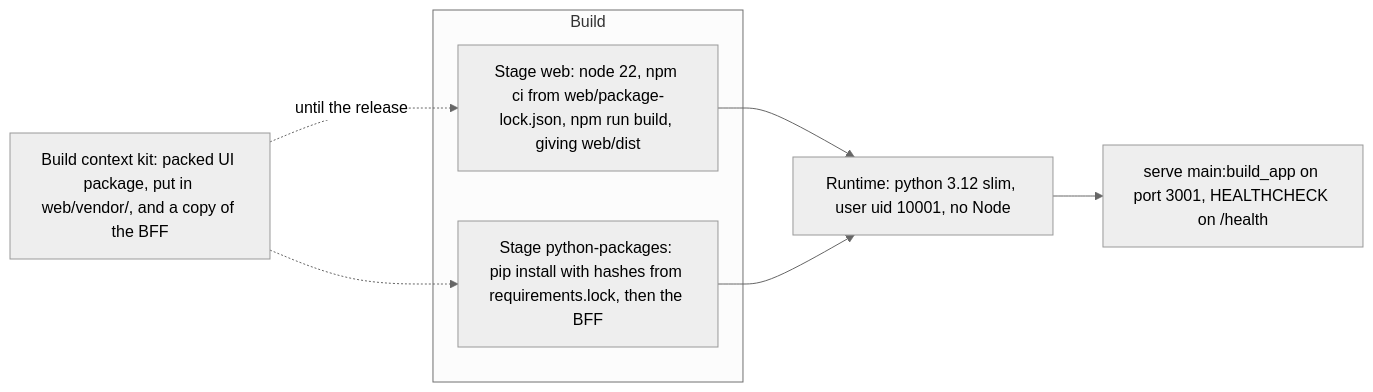
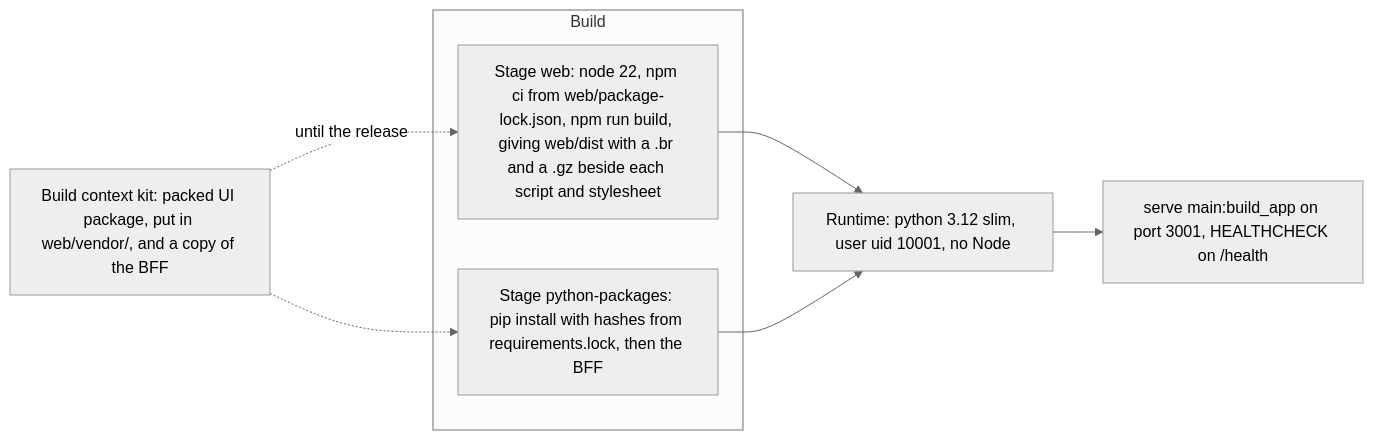
Before and after one commit to eneo-ai/eneo-module-kit: diagram 12 of 14 in docs/architecture.md, drawn with Mermaid (neutral theme). The commit also changed 2 other files, not shown here.

Commit message:
feat(template): the build precompresses the assets the backend keeps for a year
A plugin of web/vite.config.ts writes a brotli and a gzip sibling beside each
script, stylesheet, SVG and JSON file under dist/assets/ (node:zlib, no new
dependency), which the backend sends to a browser that accepts one: the entry
script goes from 786 KB to 175 KB. It also fails the build for a file there whose
name does not carry its content's hash, since the backend keeps those a year.

````diff
--- a/docs/architecture.md
+++ b/docs/architecture.md
@@ -310,12 +310,12 @@
 ```mermaid
 flowchart LR
   subgraph build["Build"]
-    web["Stage web: node 22, npm ci from web/package-lock.json, npm run build, giving web/dist"]
+    web["Stage web: node 22, npm ci from web/package-lock.json, npm run build, giving web/dist with a .br and a .gz beside each script and stylesheet"]
     pkgs["Stage python-packages: pip install with hashes from requirements.lock, then the BFF"]
   end
   kit["Build context kit: packed UI package, put in web/vendor/, and a copy of the BFF"] -.->|"until the release"| web
   kit -.-> pkgs
   web --> run["Runtime: python 3.12 slim, user uid 10001, no Node"]
   pkgs --> run
   run --> cmd["serve main:build_app on port 3001, HEALTHCHECK on /health"]
 ```
````
